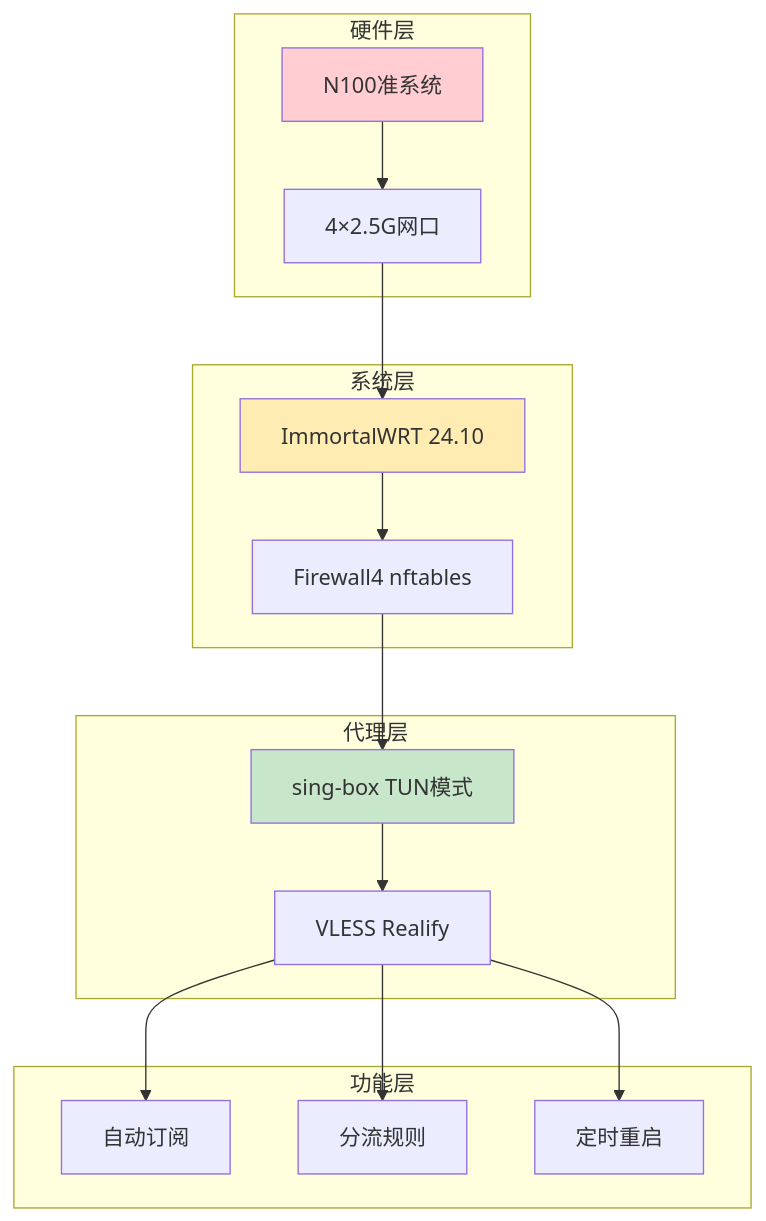
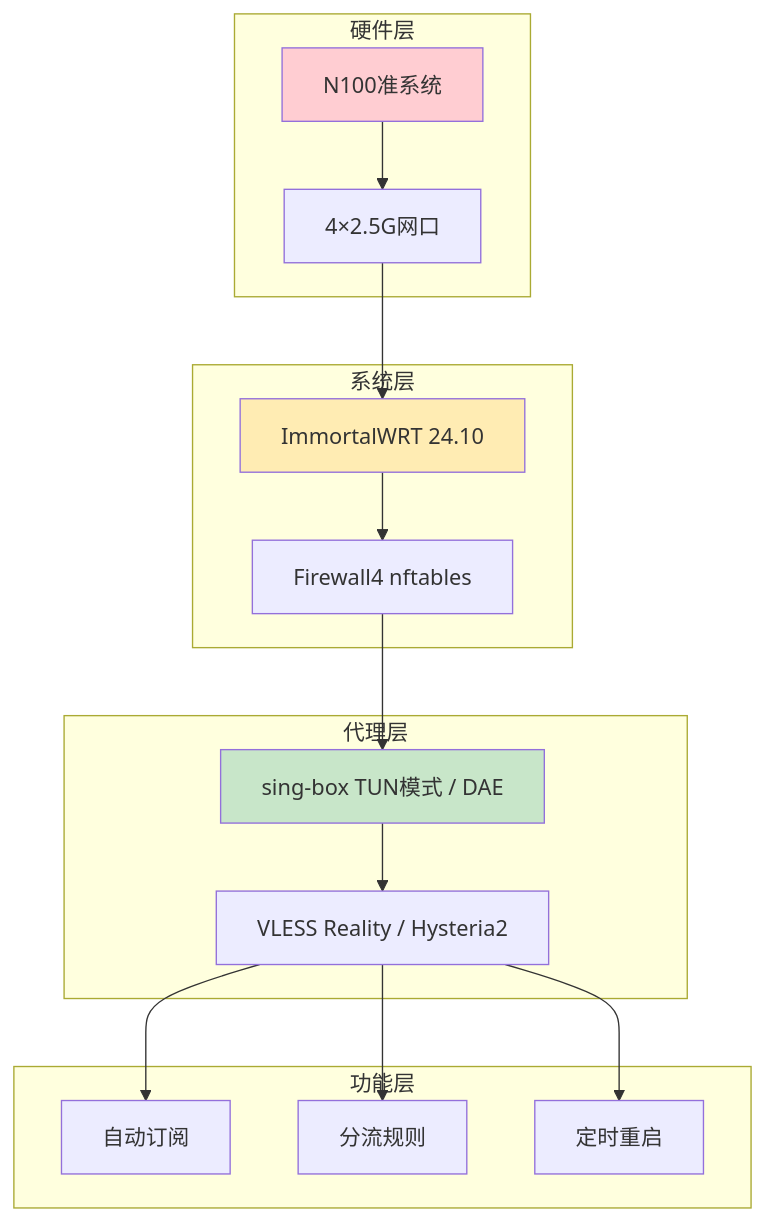
One commit to WASIDJ/blog-content changed the fourth of 4 diagrams in post/OPENWRT实现真正透明代理.md. Above: the diagram before and after it, drawn with Mermaid. The commit also changed other lines of this file, not shown here.

````diff
--- a/post/OPENWRT实现真正透明代理.md
+++ b/post/OPENWRT实现真正透明代理.md
@@ -246,27 +326,27 @@
 ```mermaid
 flowchart TD
     subgraph 硬件层
         A[N100准系统]
         A --> B[4×2.5G网口]
     end
     
     subgraph 系统层
         B --> C[ImmortalWRT 24.10]
         C --> D[Firewall4 nftables]
     end
     
     subgraph 代理层
-        D --> E[sing-box TUN模式]
-        E --> F[VLESS Realify]
+        D --> E[sing-box TUN模式 / DAE]
+        E --> F[VLESS Reality / Hysteria2]
     end
     
     subgraph 功能层
         F --> G[自动订阅]
         F --> H[分流规则]
         F --> I[定时重启]
     end
     
     style A fill:#ffcdd2
     style C fill:#ffecb3
     style E fill:#c8e6c9
 ```
````
